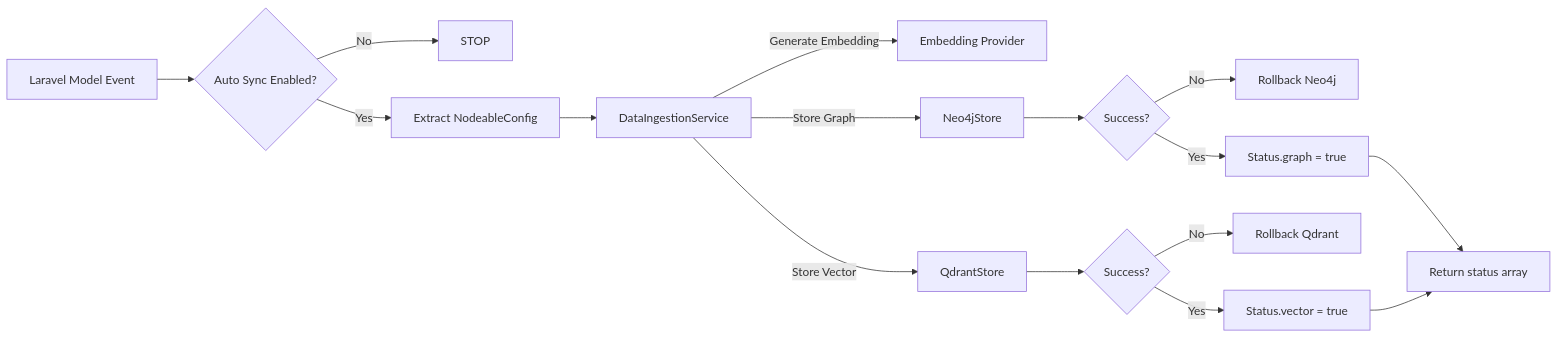
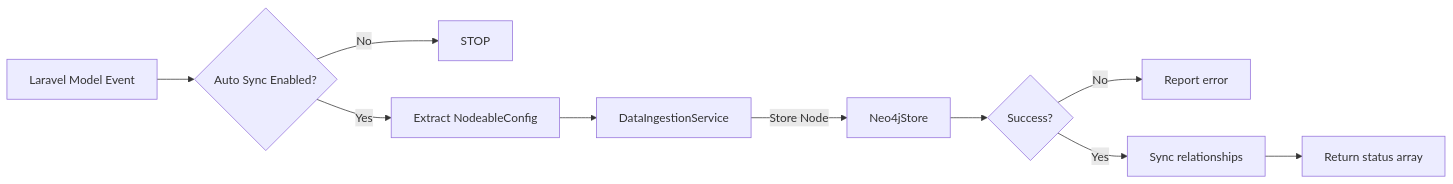
One commit to condoedge/AI changed the fourth of 6 diagrams in resources/docs/1.0/internals/data-flows.md. Above: the diagram before and after it, drawn with Mermaid. The commit also changed other lines of this file and 786 other files, not shown here.

````diff
--- a/resources/docs/1.0/internals/data-flows.md
+++ b/resources/docs/1.0/internals/data-flows.md
@@ -272,17 +269,12 @@
 ```mermaid
 flowchart LR
     A[Laravel Model Event] --> B{Auto Sync Enabled?}
     B -- No --> STOP
     B -- Yes --> C[Extract NodeableConfig]
     C --> D[DataIngestionService]
-    D -->|Generate Embedding| E[Embedding Provider]
-    D -->|Store Graph| F[Neo4jStore]
-    D -->|Store Vector| G[QdrantStore]
+    D -->|Store Node| F[Neo4jStore]
     F --> H{Success?}
-    G --> I{Success?}
-    H -- No --> R[Rollback Neo4j]
-    I -- No --> S[Rollback Qdrant]
-    H -- Yes --> J[Status.graph = true]
-    I -- Yes --> K[Status.vector = true]
-    J & K --> L[Return status array]
+    H -- No --> R[Report error]
+    H -- Yes --> J[Sync relationships]
+    J --> L[Return status array]
 ```
````
